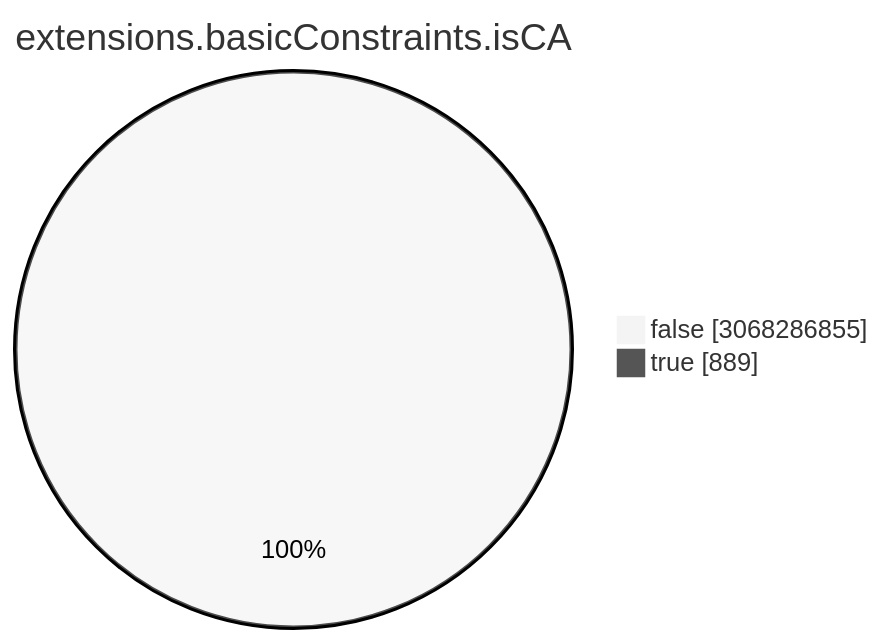
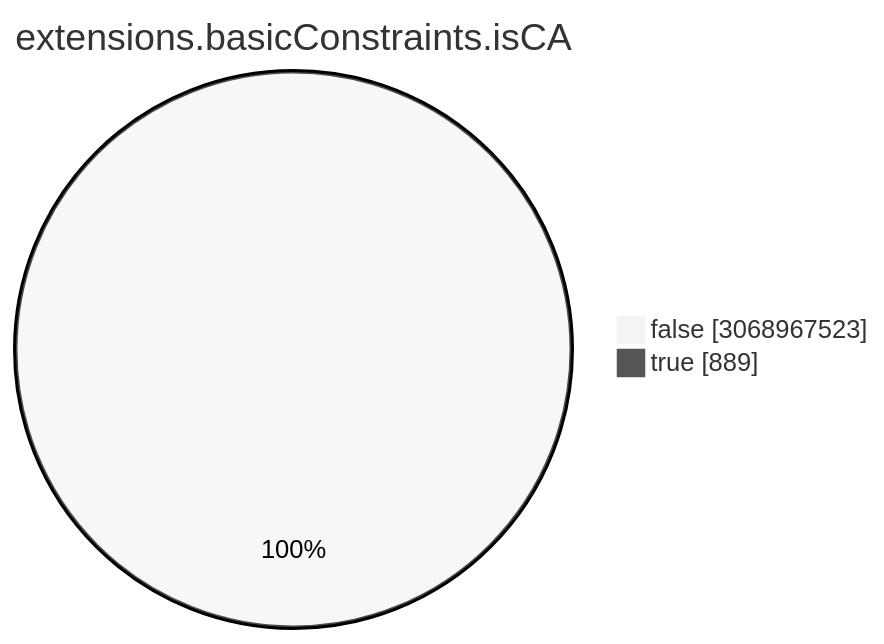
Before and after one commit to christiankrug/ctmonitor_visualization: the seventh of 15 diagrams in TOTAL/README.md, drawn with Mermaid (neutral theme). The commit also changed other lines of this file, not shown here.

````diff
--- a/TOTAL/README.md
+++ b/TOTAL/README.md
@@ -3086,6 +3086,6 @@
 ```mermaid
 pie showData
 title extensions.basicConstraints.isCA
-"false" :3068286855
+"false" :3068967523
 "true" :889
 ```
````
